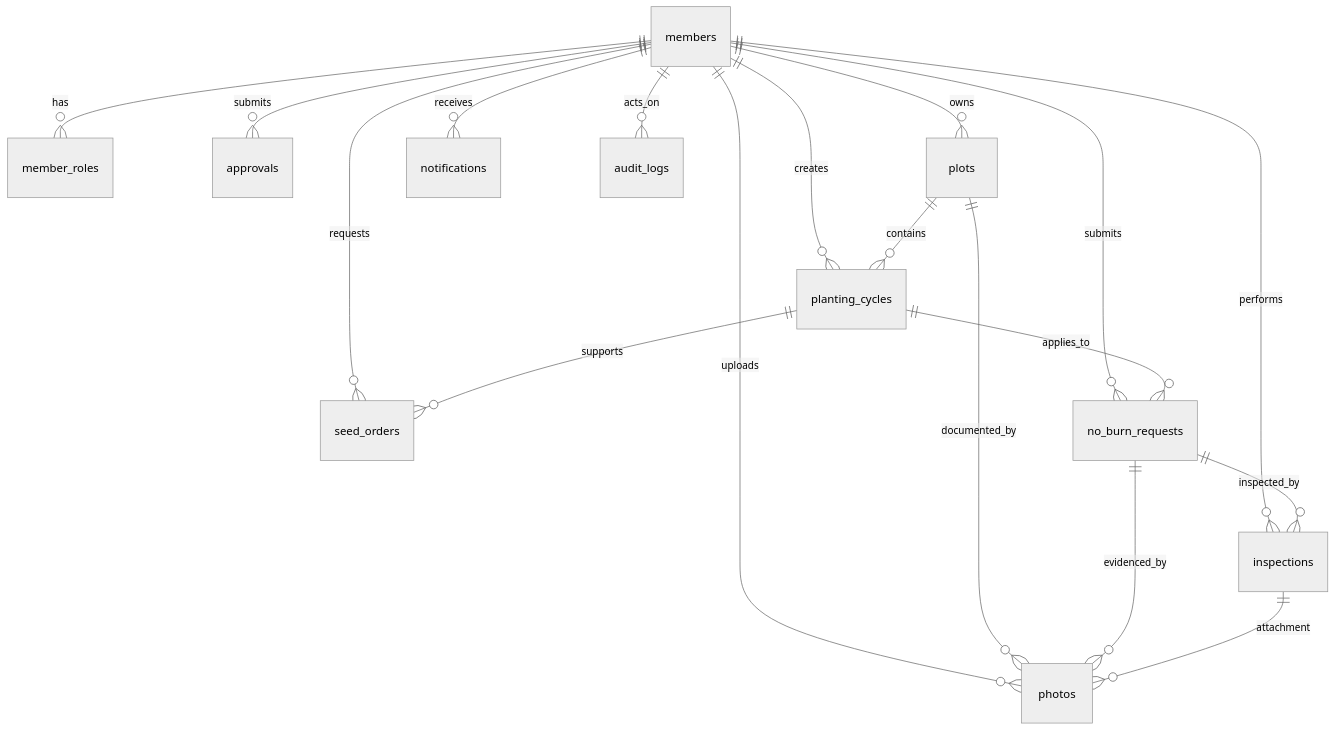
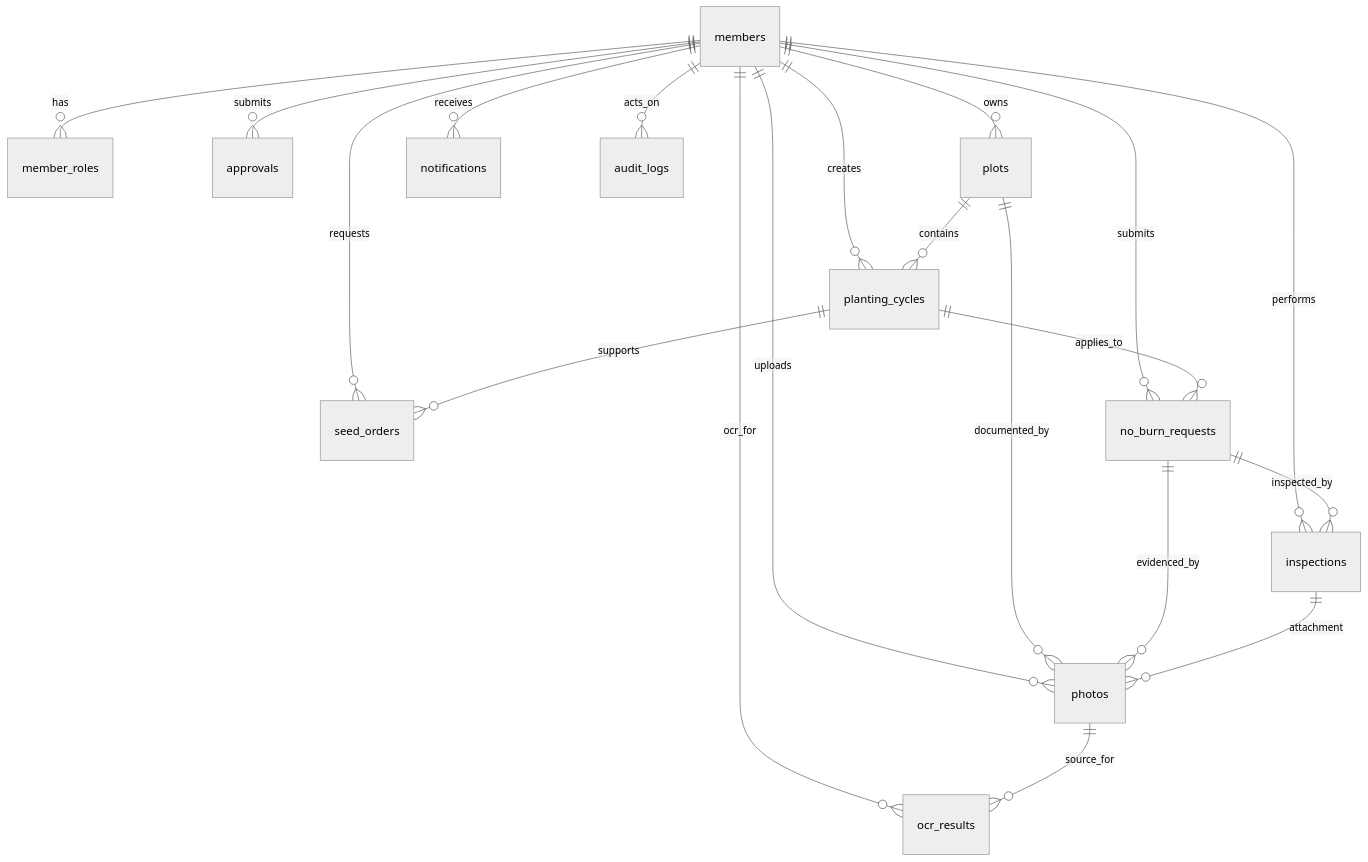
The diagram in docs/database-erd-and-supabase-schema.md (noikaona-sketch/KaonA-Agri), drawn with Mermaid (neutral theme) before and after one commit. The commit also changed other lines of this file and 1 other file, not shown here.

Commit message:
Refactor Issue #17 schema to use ocr_results table

````diff
--- a/docs/database-erd-and-supabase-schema.md
+++ b/docs/database-erd-and-supabase-schema.md
@@ -7,24 +7,26 @@
 ```mermaid
 erDiagram
     members ||--o{ member_roles : has
     members ||--o{ approvals : submits
     members ||--o{ plots : owns
     members ||--o{ planting_cycles : creates
     members ||--o{ seed_orders : requests
     members ||--o{ no_burn_requests : submits
     members ||--o{ inspections : performs
     members ||--o{ photos : uploads
     members ||--o{ notifications : receives
     members ||--o{ audit_logs : acts_on
+    members ||--o{ ocr_results : ocr_for
 
     plots ||--o{ planting_cycles : contains
     plots ||--o{ photos : documented_by
 
     planting_cycles ||--o{ seed_orders : supports
     planting_cycles ||--o{ no_burn_requests : applies_to
 
     no_burn_requests ||--o{ inspections : inspected_by
     no_burn_requests ||--o{ photos : evidenced_by
 
     inspections ||--o{ photos : attachment
+    photos ||--o{ ocr_results : source_for
 ```
````
